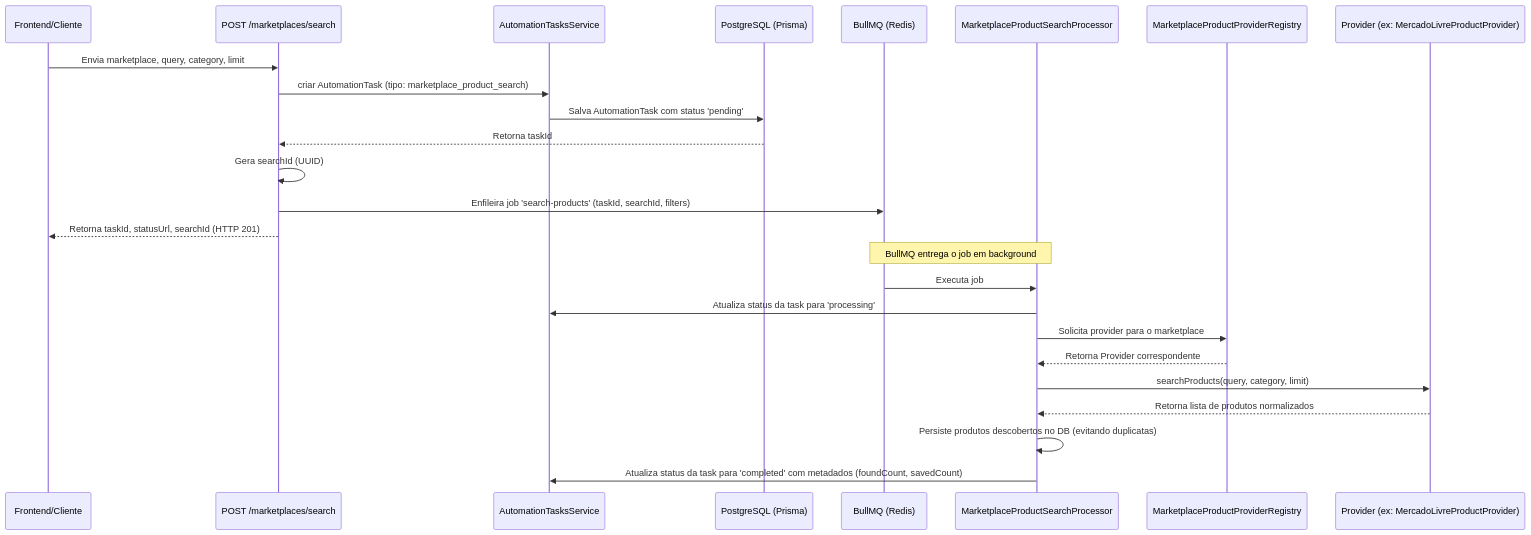
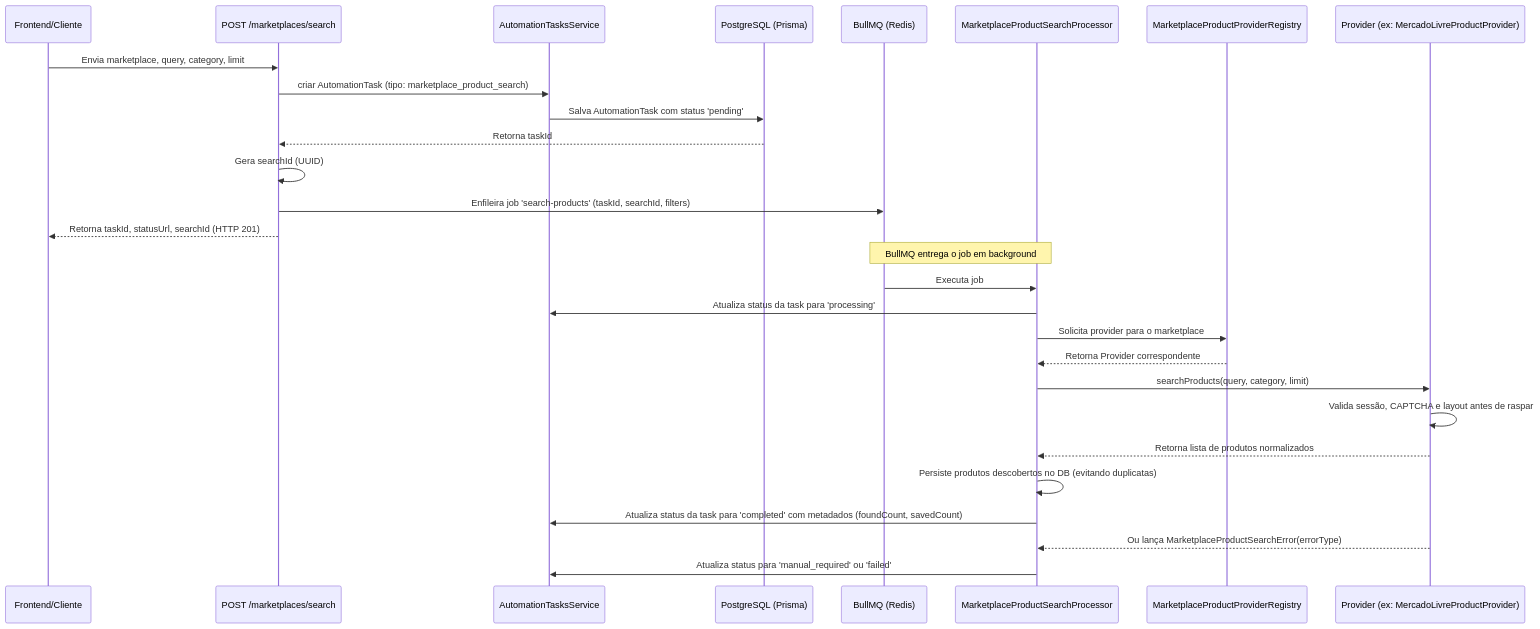
The first of 3 diagrams in docs/wiki/marketplace-module.md (luis-henrique-carvalho/lead-magnet-back), drawn with Mermaid before and after one commit. The commit also changed other lines of this file, not shown here.

````diff
--- a/docs/wiki/marketplace-module.md
+++ b/docs/wiki/marketplace-module.md
@@ -25,29 +26,32 @@
 ```mermaid
 sequenceDiagram
     participant Client as Frontend/Cliente
     participant API as POST /marketplaces/search
     participant Tasks as AutomationTasksService
     participant DB as PostgreSQL (Prisma)
     participant Queue as BullMQ (Redis)
     participant Worker as MarketplaceProductSearchProcessor
     participant Registry as MarketplaceProductProviderRegistry
     participant Provider as Provider (ex: MercadoLivreProductProvider)
 
     Client->>API: Envia marketplace, query, category, limit
     API->>Tasks: criar AutomationTask (tipo: marketplace_product_search)
     Tasks->>DB: Salva AutomationTask com status 'pending'
     DB-->>API: Retorna taskId
     API->>API: Gera searchId (UUID)
     API->>Queue: Enfileira job 'search-products' (taskId, searchId, filters)
     API-->>Client: Retorna taskId, statusUrl, searchId (HTTP 201)
-    
+
     Note over Queue, Worker: BullMQ entrega o job em background
     Queue->>Worker: Executa job
     Worker->>Tasks: Atualiza status da task para 'processing'
     Worker->>Registry: Solicita provider para o marketplace
     Registry-->>Worker: Retorna Provider correspondente
     Worker->>Provider: searchProducts(query, category, limit)
+    Provider->>Provider: Valida sessão, CAPTCHA e layout antes de raspar
     Provider-->>Worker: Retorna lista de produtos normalizados
     Worker->>Worker: Persiste produtos descobertos no DB (evitando duplicatas)
     Worker->>Tasks: Atualiza status da task para 'completed' com metadados (foundCount, savedCount)
+    Provider-->>Worker: Ou lança MarketplaceProductSearchError(errorType)
+    Worker->>Tasks: Atualiza status para 'manual_required' ou 'failed'
 ```
````
